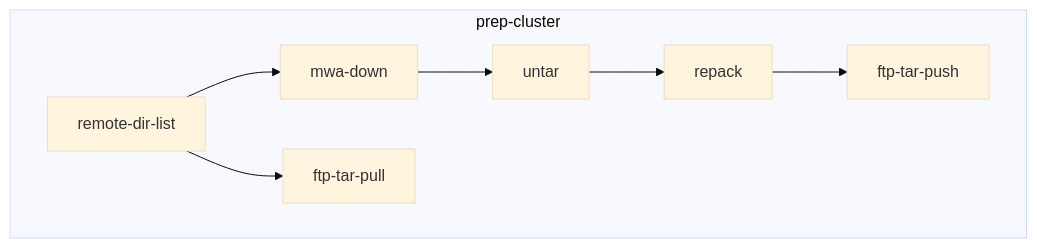
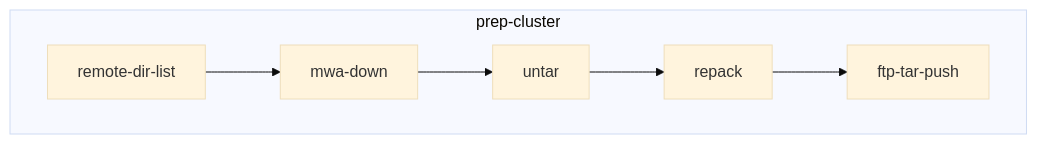
Before and after one commit to kaichao/app-mwa: the third of 5 diagrams in README.md, drawn with Mermaid (base theme). The commit also changed other lines of this file and 5 other files, not shown here.

````diff
--- a/README.md
+++ b/README.md
@@ -200,19 +200,11 @@
 ```mermaid
 
 flowchart TD
-  remote-dir-list --> mwa-down
-  remote-dir-list --> ftp-tar-pull
-  mwa-down --> untar
-  untar --> repack
-  repack --> ftp-tar-push
-
   subgraph prep-cluster
-    remote-dir-list
-    ftp-tar-pull
-    mwa-down
-    untar
-    repack
-    ftp-tar-push
+    remote-dir-list --> mwa-down
+    mwa-down --> untar
+    untar --> repack
+    repack --> ftp-tar-push
   end
 
 ```
````
